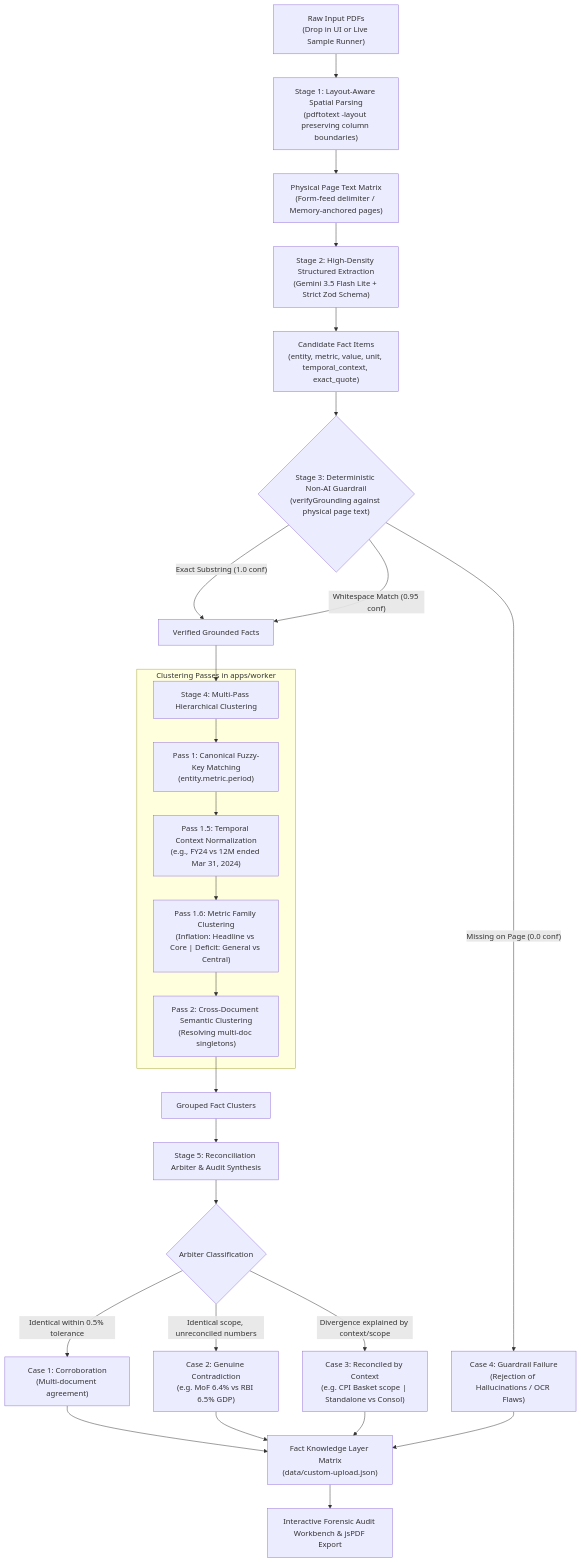
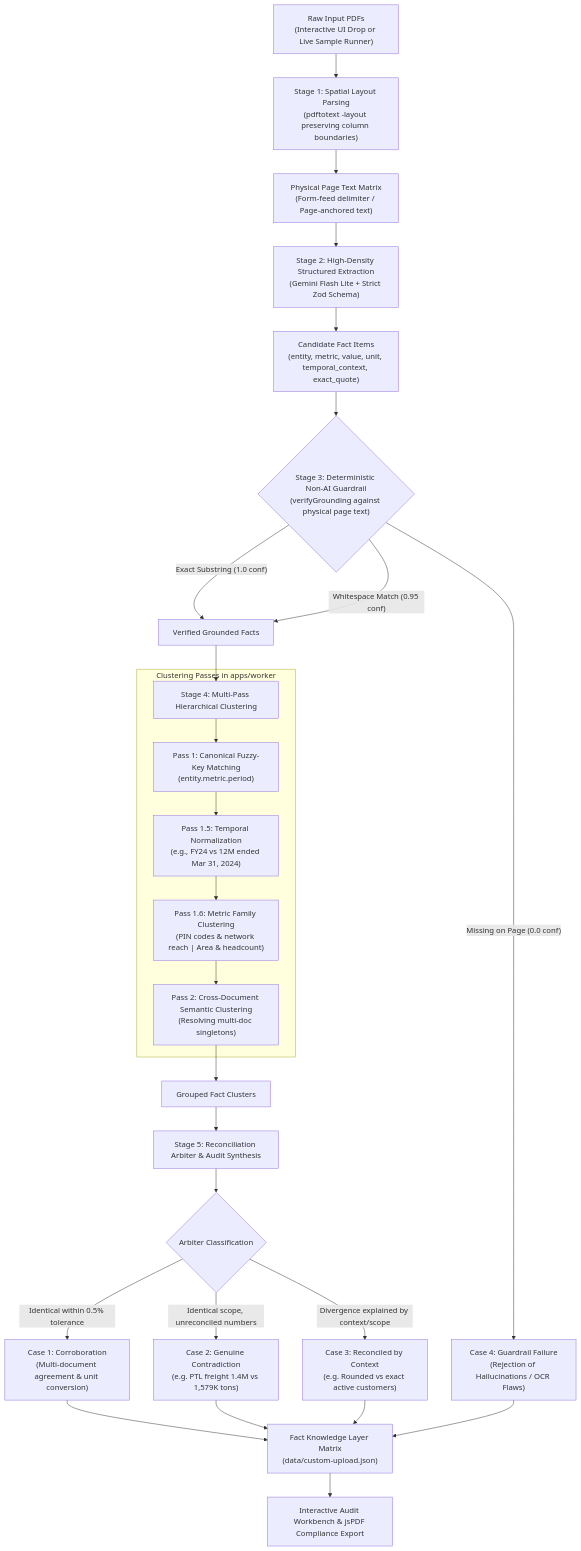
Before and after one commit to AvinashK47/superknowledge: the second of 2 diagrams in README.md, drawn with Mermaid. The commit also changed other lines of this file, not shown here.

````diff
--- a/README.md
+++ b/README.md
@@ -143,41 +144,41 @@
 ```mermaid
 flowchart TD
-    A["Raw Input PDFs<br/>(Drop in UI or Live Sample Runner)"] --> B["Stage 1: Layout-Aware Spatial Parsing<br/>(pdftotext -layout preserving column boundaries)"]
+    A["Raw Input PDFs<br/>(Interactive UI Drop or Live Sample Runner)"] --> B["Stage 1: Spatial Layout Parsing<br/>(pdftotext -layout preserving column boundaries)"]
     
-    B --> C["Physical Page Text Matrix<br/>(Form-feed delimiter / Memory-anchored pages)"]
+    B --> C["Physical Page Text Matrix<br/>(Form-feed delimiter / Page-anchored text)"]
     
-    C --> D["Stage 2: High-Density Structured Extraction<br/>(Gemini 3.5 Flash Lite + Strict Zod Schema)"]
+    C --> D["Stage 2: High-Density Structured Extraction<br/>(Gemini Flash Lite + Strict Zod Schema)"]
     
     D --> E["Candidate Fact Items<br/>(entity, metric, value, unit, temporal_context, exact_quote)"]
     
     E --> F{"Stage 3: Deterministic Non-AI Guardrail<br/>(verifyGrounding against physical page text)"}
     
     F -->|"Exact Substring (1.0 conf)"| G["Verified Grounded Facts"]
     F -->|"Whitespace Match (0.95 conf)"| G
     F -->|"Missing on Page (0.0 conf)"| H["Case 4: Guardrail Failure<br/>(Rejection of Hallucinations / OCR Flaws)"]
     
     G --> I["Stage 4: Multi-Pass Hierarchical Clustering"]
     
     subgraph ClusteringPasses["Clustering Passes in apps/worker"]
         I --> J["Pass 1: Canonical Fuzzy-Key Matching<br/>(entity.metric.period)"]
-        J --> K["Pass 1.5: Temporal Context Normalization<br/>(e.g., FY24 vs 12M ended Mar 31, 2024)"]
-        K --> L["Pass 1.6: Metric Family Clustering<br/>(Inflation: Headline vs Core | Deficit: General vs Central)"]
+        J --> K["Pass 1.5: Temporal Normalization<br/>(e.g., FY24 vs 12M ended Mar 31, 2024)"]
+        K --> L["Pass 1.6: Metric Family Clustering<br/>(PIN codes & network reach | Area & headcount)"]
         L --> M["Pass 2: Cross-Document Semantic Clustering<br/>(Resolving multi-doc singletons)"]
     end
     
     M --> N["Grouped Fact Clusters"]
     
     N --> O["Stage 5: Reconciliation Arbiter & Audit Synthesis"]
     
     O --> P{"Arbiter Classification"}
-    P -->|"Identical within 0.5% tolerance"| Q["Case 1: Corroboration<br/>(Multi-document agreement)"]
-    P -->|"Identical scope, unreconciled numbers"| R["Case 2: Genuine Contradiction<br/>(e.g. MoF 6.4% vs RBI 6.5% GDP)"]
-    P -->|"Divergence explained by context/scope"| S["Case 3: Reconciled by Context<br/>(e.g. CPI Basket scope | Standalone vs Consol)"]
+    P -->|"Identical within 0.5% tolerance"| Q["Case 1: Corroboration<br/>(Multi-document agreement & unit conversion)"]
+    P -->|"Identical scope, unreconciled numbers"| R["Case 2: Genuine Contradiction<br/>(e.g. PTL freight 1.4M vs 1,579K tons)"]
+    P -->|"Divergence explained by context/scope"| S["Case 3: Reconciled by Context<br/>(e.g. Rounded vs exact active customers)"]
     
     Q --> T["Fact Knowledge Layer Matrix<br/>(data/custom-upload.json)"]
     R --> T
     S --> T
     H --> T
 
-    T --> U["Interactive Forensic Audit Workbench & jsPDF Export"]
+    T --> U["Interactive Audit Workbench & jsPDF Compliance Export"]
 ```
````
